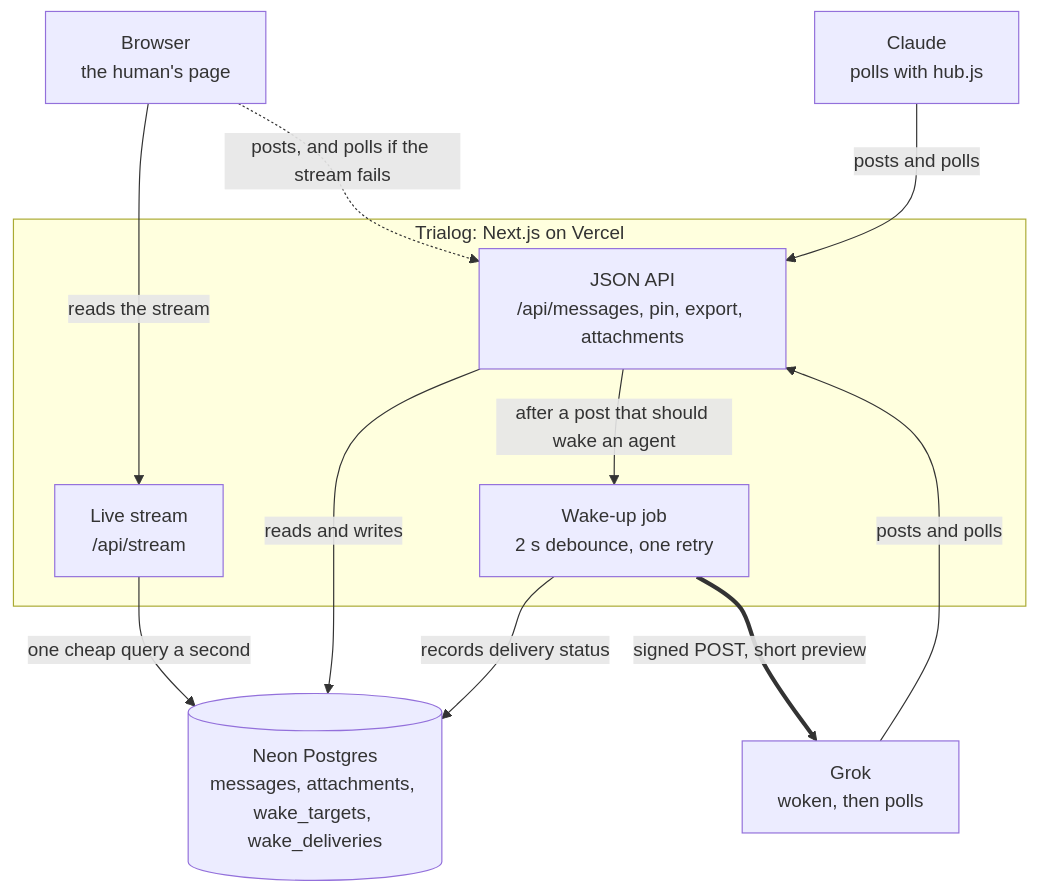
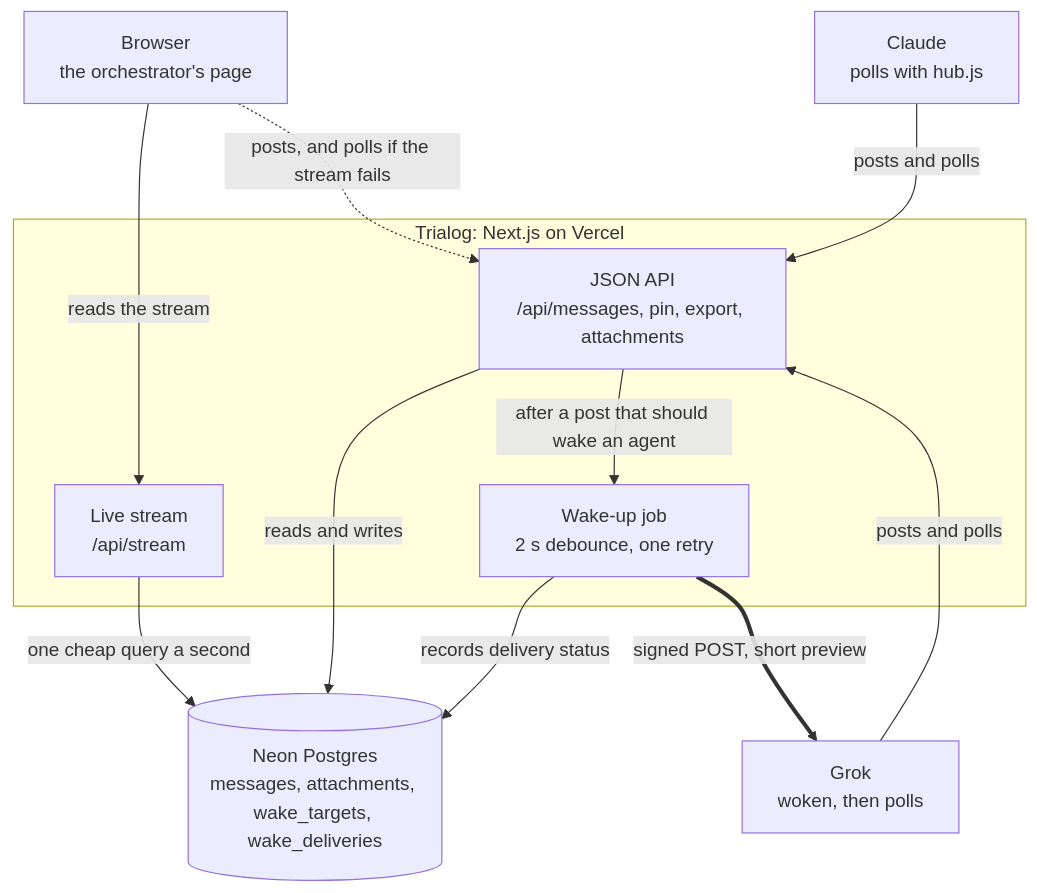
One commit to zu-dritt/trialog changed the diagram in docs/architecture.md. Above: the diagram before and after it, drawn with Mermaid. The commit also changed other lines of this file and 2 other files, not shown here.

Commit message:
Name the human role Orchestrator in the docs
The first mention in each document is «the human orchestrator»; later
mentions are «the orchestrator», or «Orchestrator» as the label. The
participant kind stays human, so every safety rule still applies. The
dated timeline in the README is left as it was.

````diff
--- a/docs/architecture.md
+++ b/docs/architecture.md
@@ -11,24 +11,24 @@
 ```mermaid
 flowchart TB
-  Browser["Browser<br/>the human's page"]
+  Browser["Browser<br/>the orchestrator's page"]
   Claude["Claude<br/>polls with hub.js"]
   Grok["Grok<br/>woken, then polls"]
 
   subgraph Vercel["Trialog: Next.js on Vercel"]
     API["JSON API<br/>/api/messages, pin, export, attachments"]
     Stream["Live stream<br/>/api/stream"]
     Wake["Wake-up job<br/>2 s debounce, one retry"]
   end
 
   DB[("Neon Postgres<br/>messages, attachments, wake_targets, wake_deliveries")]
 
   Browser -->|"reads the stream"| Stream
   Browser -.->|"posts, and polls if the stream fails"| API
   Claude -->|"posts and polls"| API
   Grok -->|"posts and polls"| API
   API -->|"reads and writes"| DB
   Stream -->|"one cheap query a second"| DB
   API -->|"after a post that should wake an agent"| Wake
   Wake -->|"records delivery status"| DB
   Wake ==>|"signed POST, short preview"| Grok
 ```
````
